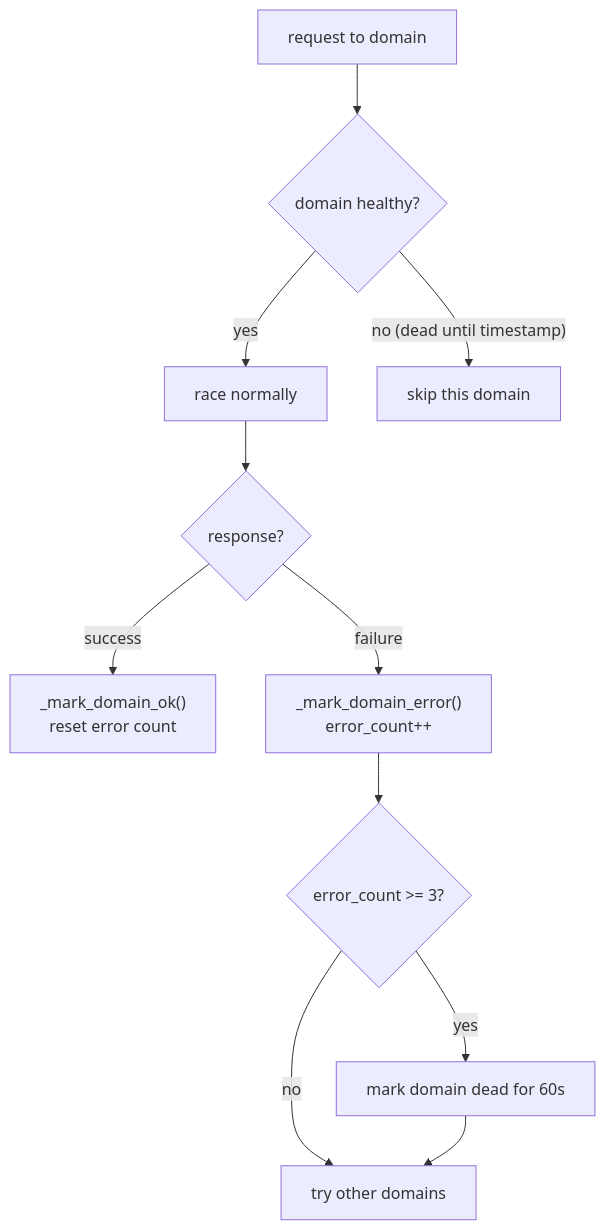
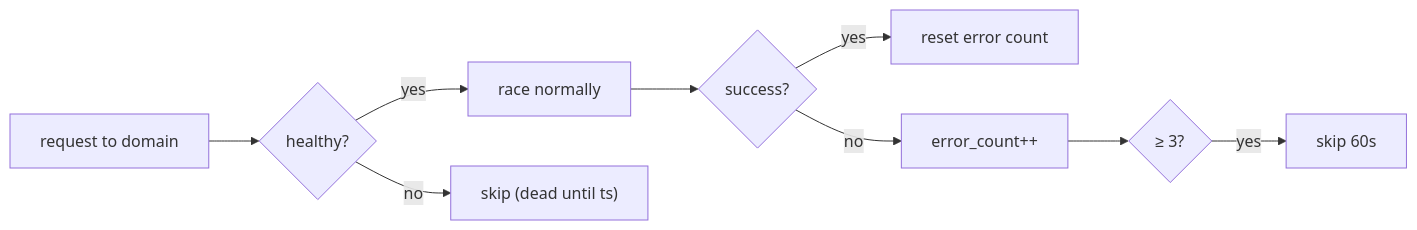
One commit to pizzarobloxh/bgc-bot changed diagram 11 of 11 in operating_documents.md. Above: the diagram before and after it, drawn with Mermaid. The commit also changed other lines of this file, not shown here.

````diff
--- a/operating_documents.md
+++ b/operating_documents.md
@@ -507,13 +553,11 @@
 ```mermaid
-flowchart TD
-    A["request to domain"] --> B{"domain healthy?"}
+flowchart LR
+    A["request to domain"] --> B{"healthy?"}
     B -->|"yes"| C["race normally"]
-    B -->|"no (dead until timestamp)"| D["skip this domain"]
-    C --> E{"response?"}
-    E -->|"success"| F["_mark_domain_ok()<br/>reset error count"]
-    E -->|"failure"| G["_mark_domain_error()<br/>error_count++"]
-    G --> H{"error_count >= 3?"}
-    H -->|"yes"| I["mark domain dead for 60s"]
-    H -->|"no"| J["try other domains"]
-    I --> J
+    B -->|"no"| D["skip (dead until ts)"]
+    C --> E{"success?"}
+    E -->|"yes"| F["reset error count"]
+    E -->|"no"| G["error_count++"]
+    G --> H{"≥ 3?"}
+    H -->|"yes"| I["skip 60s"]
 ```
````
